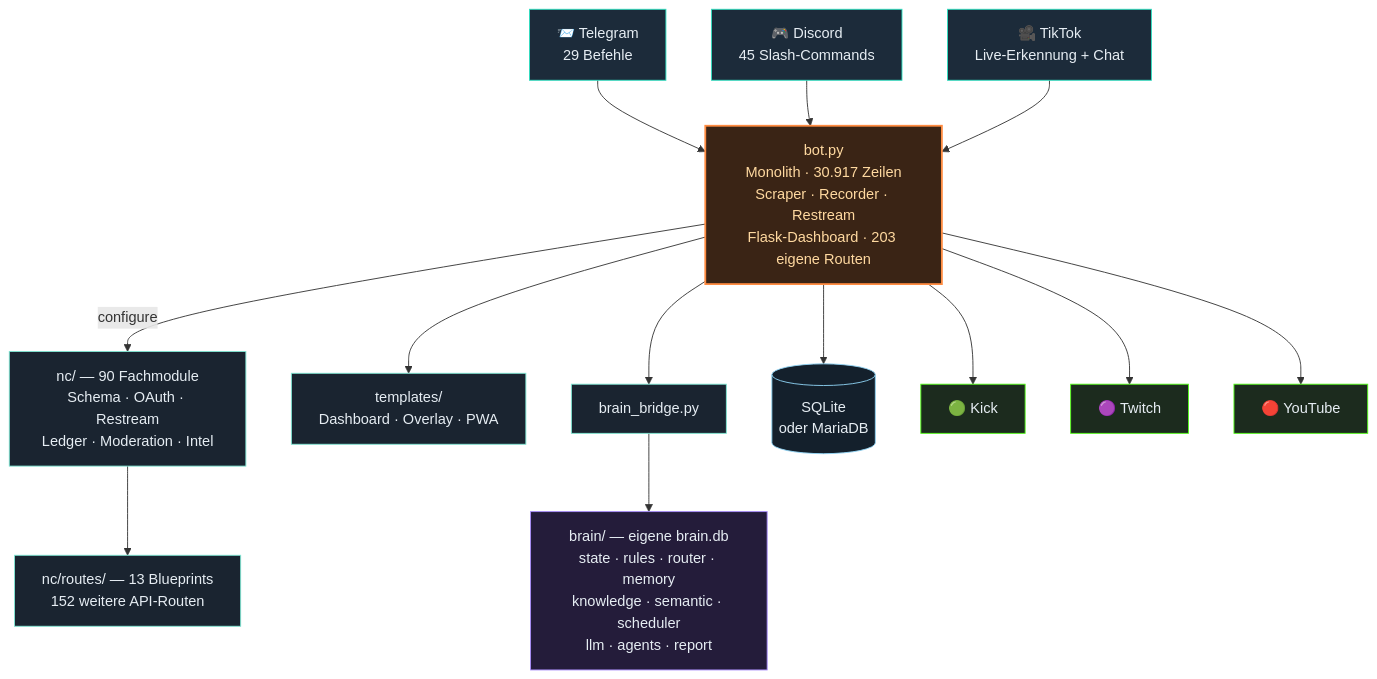
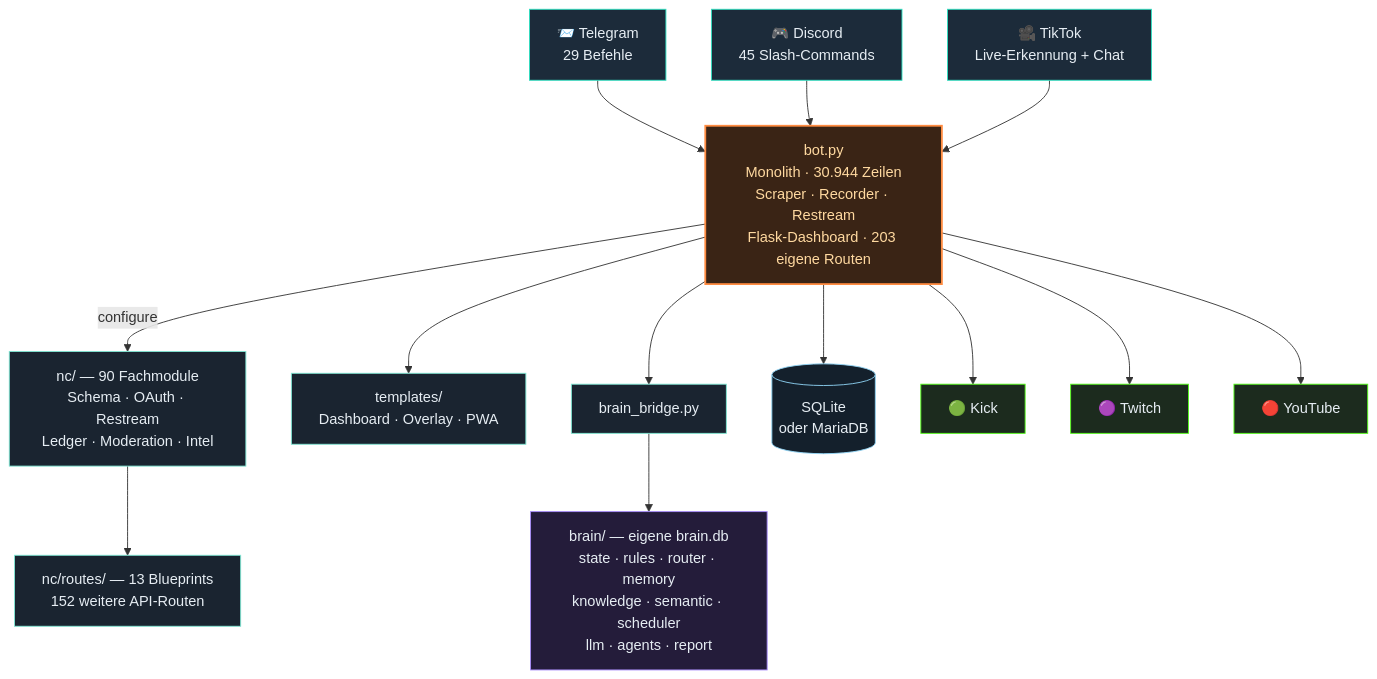
One commit to itsamemedev/Telegram-Stream-Info-Bot changed the third of 4 diagrams in README.md. Above: the diagram before and after it, drawn with Mermaid. The commit also changed other lines of this file and 7 other files, not shown here.

````diff
--- a/README.md
+++ b/README.md
@@ -187,30 +187,30 @@
 ```mermaid
 flowchart TB
     TG["📨 Telegram<br/>29 Befehle"]:::ein
     DC["🎮 Discord<br/>45 Slash-Commands"]:::ein
     TT["🎥 TikTok<br/>Live-Erkennung + Chat"]:::ein
 
     TG --> BOT
     DC --> BOT
     TT --> BOT
 
-    BOT["bot.py<br/>Monolith · 30.917 Zeilen<br/>Scraper · Recorder · Restream<br/>Flask-Dashboard · 203 eigene Routen"]:::core
+    BOT["bot.py<br/>Monolith · 30.944 Zeilen<br/>Scraper · Recorder · Restream<br/>Flask-Dashboard · 203 eigene Routen"]:::core
 
     BOT -->|configure| NC["nc/ — 90 Fachmodule<br/>Schema · OAuth · Restream<br/>Ledger · Moderation · Intel"]:::lib
     NC --> RT["nc/routes/ — 13 Blueprints<br/>152 weitere API-Routen"]:::lib
     BOT --> TPL["templates/<br/>Dashboard · Overlay · PWA"]:::lib
     BOT --> BR["brain_bridge.py"]:::lib
     BR --> BRAIN["brain/ — eigene brain.db<br/>state · rules · router · memory<br/>knowledge · semantic · scheduler<br/>llm · agents · report"]:::brain
     BOT --> DB[("SQLite<br/>oder MariaDB")]:::db
 
     BOT --> KICK["🟢 Kick"]:::out
     BOT --> TW["🟣 Twitch"]:::out
     BOT --> YT["🔴 YouTube"]:::out
 
     classDef ein fill:#1c2b3a,stroke:#2de1c2,color:#e6edf3
     classDef core fill:#3a2415,stroke:#ff8c42,stroke-width:2px,color:#ffd9a0
     classDef lib fill:#1a2430,stroke:#7fe7d4,color:#e6edf3
     classDef brain fill:#241c3a,stroke:#a78bfa,color:#e6edf3
     classDef db fill:#14202c,stroke:#8fd3f4,color:#e6edf3
     classDef out fill:#1c2b1e,stroke:#53fc18,color:#e6edf3
 ```
````
